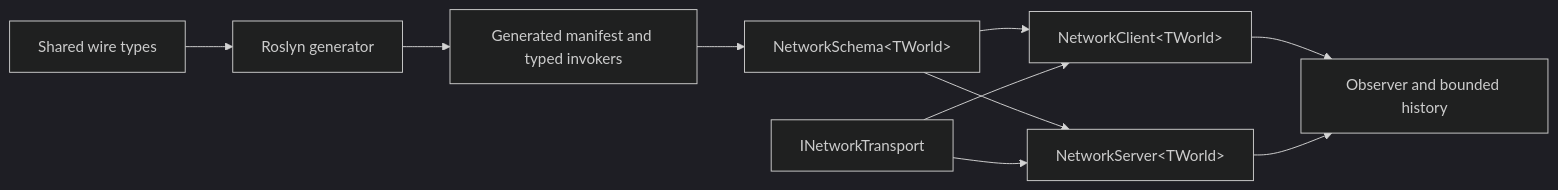
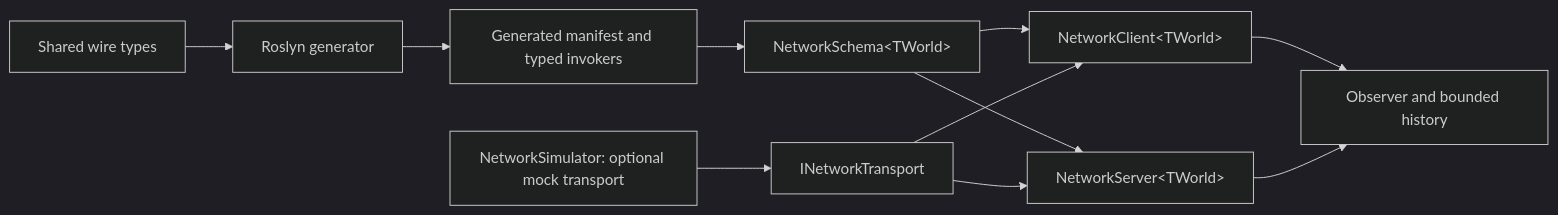
One commit to UnioGame/unigame.staticecs.network changed the first of 3 diagrams in README.md. Above: the diagram before and after it, drawn with Mermaid (dark theme). The commit also changed other lines of this file and 13 other files, not shown here.

Commit message:
feat: add deterministic network simulator

````diff
--- a/README.md
+++ b/README.md
@@ -23,12 +26,13 @@
 ```mermaid
 flowchart LR
     T["Shared wire types"] --> G["Roslyn generator"]
     G --> M["Generated manifest and typed invokers"]
     M --> S["NetworkSchema&lt;TWorld&gt;"]
     S --> C["NetworkClient&lt;TWorld&gt;"]
     S --> V["NetworkServer&lt;TWorld&gt;"]
     C --> O["Observer and bounded history"]
     V --> O
     X["INetworkTransport"] --> C
     X --> V
+    SIM["NetworkSimulator: optional mock transport"] --> X
 ```
````
